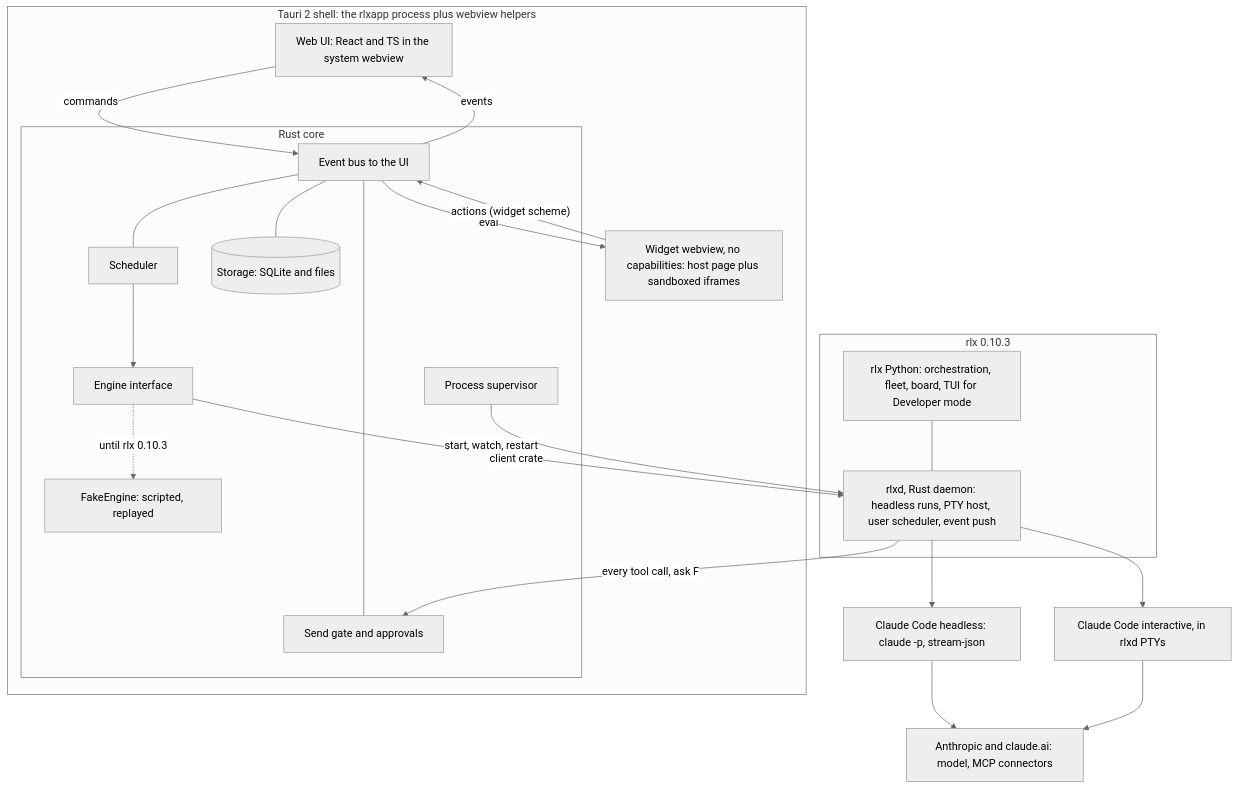
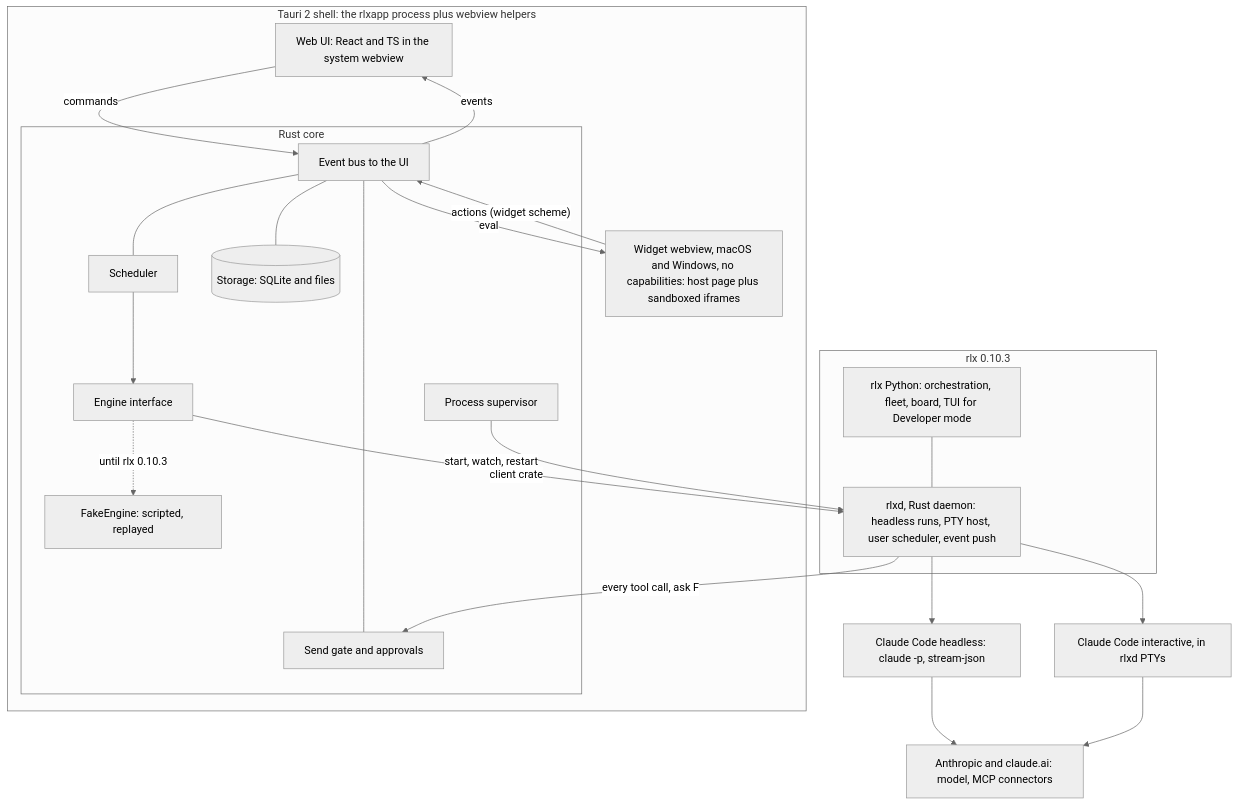
The first of 2 diagrams in docs/architecture.md (AISquare-Studio/rlxapp), drawn with Mermaid (neutral theme) before and after one commit. The commit also changed other lines of this file, not shown here.

````diff
--- a/docs/architecture.md
+++ b/docs/architecture.md
@@ -27,41 +27,41 @@
 ```mermaid
 flowchart TB
   subgraph APP["Tauri 2 shell: the rlxapp process plus webview helpers"]
     UI["Web UI: React and TS in the system webview"]
-    WID["Widget webview, no capabilities: host page plus sandboxed iframes"]
+    WID["Widget webview, macOS and Windows, no capabilities: host page plus sandboxed iframes"]
     subgraph CORE["Rust core"]
       BUS["Event bus to the UI"]
       SUP["Process supervisor"]
       SCH["Scheduler"]
       GATE["Send gate and approvals"]
       STO[("Storage: SQLite and files")]
       ENG["Engine interface"]
       FAKE["FakeEngine: scripted, replayed"]
     end
   end
   subgraph RLX["rlx 0.10.3"]
     RLXD["rlxd, Rust daemon: headless runs, PTY host, user scheduler, event push"]
     PY["rlx Python: orchestration, fleet, board, TUI for Developer mode"]
   end
   CC["Claude Code headless: claude -p, stream-json"]
   CCI["Claude Code interactive, in rlxd PTYs"]
   CLOUD["Anthropic and claude.ai: model, MCP connectors"]
 
   UI -->|"commands"| BUS
   BUS -->|"events"| UI
   BUS -->|"eval"| WID
   WID -->|"actions (widget scheme)"| BUS
   BUS --- SCH
   BUS --- GATE
   BUS --- STO
   SCH --> ENG
   ENG -.->|"until rlx 0.10.3"| FAKE
   ENG -->|"client crate"| RLXD
   SUP -->|"start, watch, restart"| RLXD
   PY --- RLXD
   RLXD --> CC
   RLXD --> CCI
   CC --> CLOUD
   CCI --> CLOUD
   RLXD -->|"every tool call, ask F"| GATE
 ```
````
